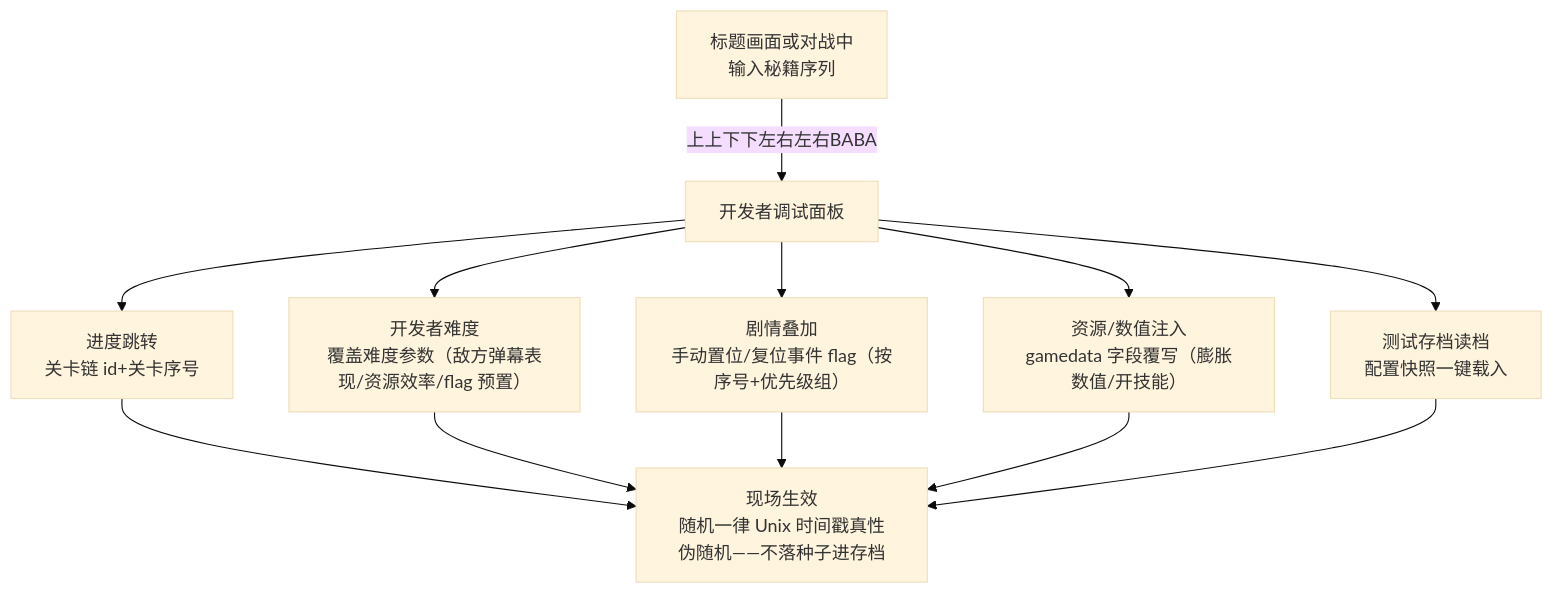
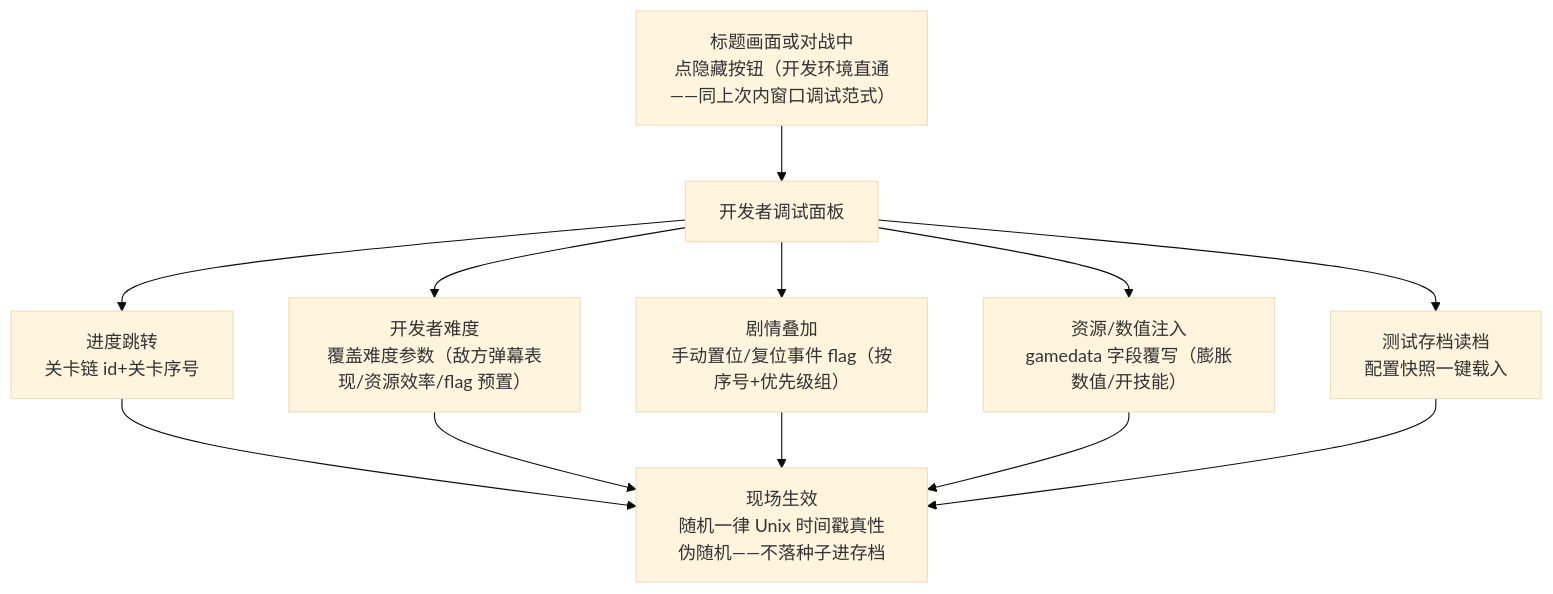
One commit to Xlonia/THX75 changed the first of 5 diagrams in gameAssetBase/aiTest/0.0.9/设计原型_存档后续流程图.md. Above: the diagram before and after it, drawn with Mermaid (base theme). The commit also changed 11 other files, not shown here.

````diff
--- a/gameAssetBase/aiTest/0.0.9/设计原型_存档后续流程图.md
+++ b/gameAssetBase/aiTest/0.0.9/设计原型_存档后续流程图.md
@@ -19,10 +19,10 @@
 ```mermaid
 flowchart TD
-    A[标题画面或对战中<br/>输入秘籍序列] -->|上上下下左右左右BABA| B[开发者调试面板]
+    A[标题画面或对战中<br/>点隐藏按钮（开发环境直通——同上次内窗口调试范式）] --> B[开发者调试面板]
     B --> C1[进度跳转<br/>关卡链 id+关卡序号]
     B --> C2[开发者难度<br/>覆盖难度参数（敌方弹幕表现/资源效率/flag 预置）]
     B --> C3[剧情叠加<br/>手动置位/复位事件 flag（按序号+优先级组）]
     B --> C4[资源/数值注入<br/>gamedata 字段覆写（膨胀数值/开技能）]
     B --> C5[测试存档读档<br/>配置快照一键载入]
     C1 & C2 & C3 & C4 & C5 --> D[现场生效<br/>随机一律 Unix 时间戳真性伪随机——不落种子进存档]
 ```
````
